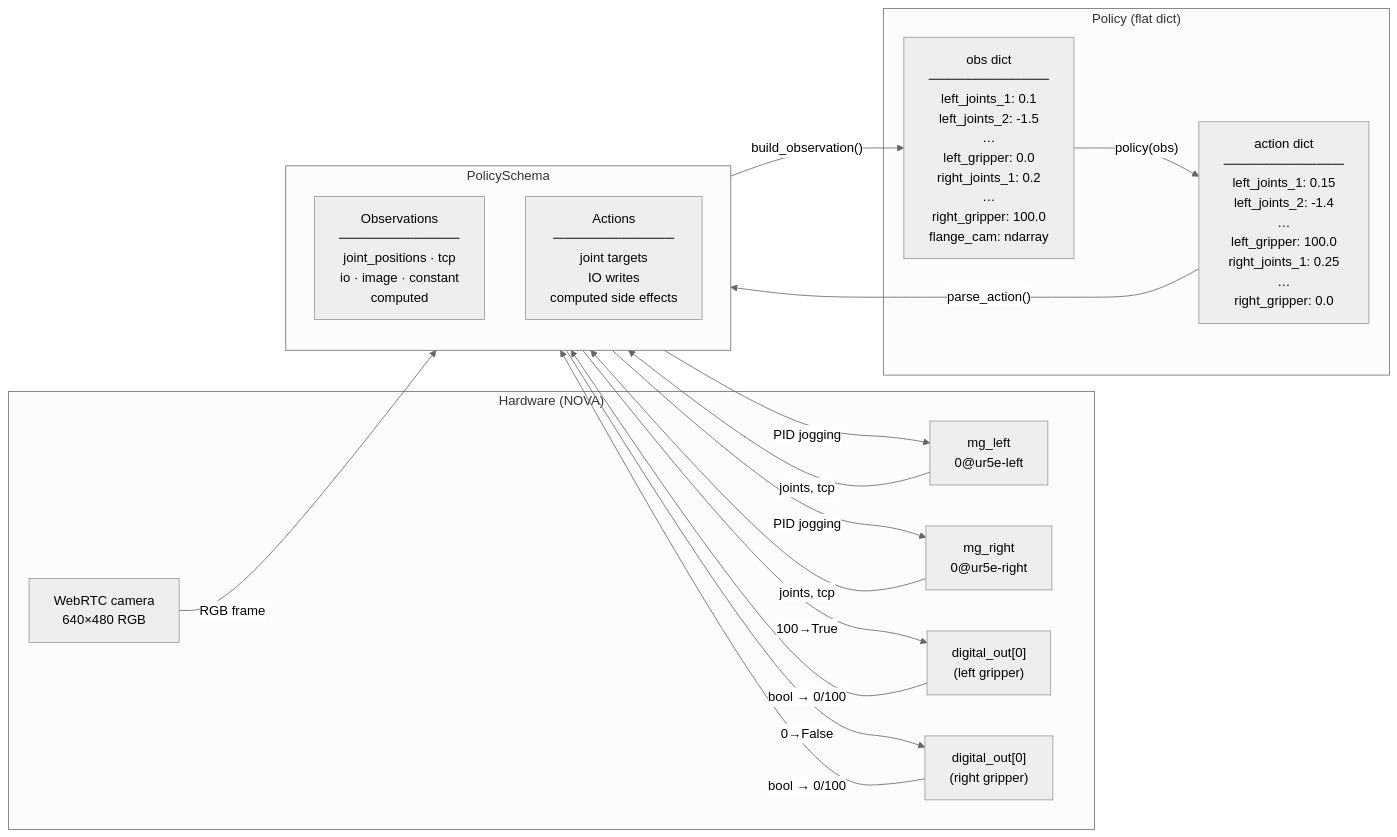
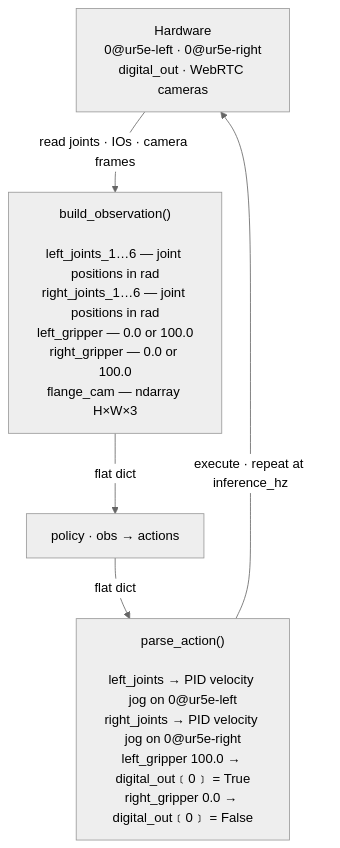
Before and after one commit to wandelbotsgmbh/wandelbots-nova: the second of 2 diagrams in policy/README.md, drawn with Mermaid (neutral theme). The commit also changed other lines of this file, not shown here.

Commit message:
update chart

````diff
--- a/policy/README.md
+++ b/policy/README.md
@@ -150,34 +150,15 @@
 ```mermaid
-flowchart LR
-    subgraph Hardware["Hardware (NOVA)"]
-        MG_L["mg_left\n0@ur5e-left"]
-        MG_R["mg_right\n0@ur5e-right"]
-        IO_L["digital_out[0]\n(left gripper)"]
-        IO_R["digital_out[0]\n(right gripper)"]
-        CAM["WebRTC camera\n640×480 RGB"]
-    end
+flowchart TB
+    HW["Hardware\n0@ur5e-left · 0@ur5e-right\ndigital_out · WebRTC cameras"]
 
-    subgraph Schema["PolicySchema"]
-        direction TB
-        OBS["Observations\n─────────────\njoint_positions · tcp\nio · image · constant\ncomputed"]
-        ACT["Actions\n─────────────\njoint targets\nIO writes\ncomputed side effects"]
-    end
+    OBS["build_observation()\n\nleft_joints_1…6 — joint positions in rad\nright_joints_1…6 — joint positions in rad\nleft_gripper — 0.0 or 100.0\nright_gripper — 0.0 or 100.0\nflange_cam — ndarray H×W×3"]
 
-    subgraph Policy["Policy (flat dict)"]
-        OBS_DICT["obs dict\n─────────────\nleft_joints_1: 0.1\nleft_joints_2: -1.5\n…\nleft_gripper: 0.0\nright_joints_1: 0.2\n…\nright_gripper: 100.0\nflange_cam: ndarray"]
-        ACT_DICT["action dict\n─────────────\nleft_joints_1: 0.15\nleft_joints_2: -1.4\n…\nleft_gripper: 100.0\nright_joints_1: 0.25\n…\nright_gripper: 0.0"]
-    end
+    POL["policy · obs → actions"]
 
-    MG_L -->|"joints, tcp"| OBS
-    MG_R -->|"joints, tcp"| OBS
-    IO_L -->|"bool → 0/100"| OBS
-    IO_R -->|"bool → 0/100"| OBS
-    CAM -->|"RGB frame"| OBS
-    OBS -->|"build_observation()"| OBS_DICT
-    OBS_DICT -->|"policy(obs)"| ACT_DICT
-    ACT_DICT -->|"parse_action()"| ACT
-    ACT -->|"PID jogging"| MG_L
-    ACT -->|"PID jogging"| MG_R
-    ACT -->|"100→True"| IO_L
-    ACT -->|"0→False"| IO_R
+    ACT["parse_action()\n\nleft_joints → PID velocity jog on 0@ur5e-left\nright_joints → PID velocity jog on 0@ur5e-right\nleft_gripper 100.0 → digital_out﹝0﹞ = True\nright_gripper 0.0 → digital_out﹝0﹞ = False"]
+
+    HW -- "read joints · IOs · camera frames" --> OBS
+    OBS -- "flat dict" --> POL
+    POL -- "flat dict" --> ACT
+    ACT -- "execute · repeat at inference_hz" --> HW
 ```
````
